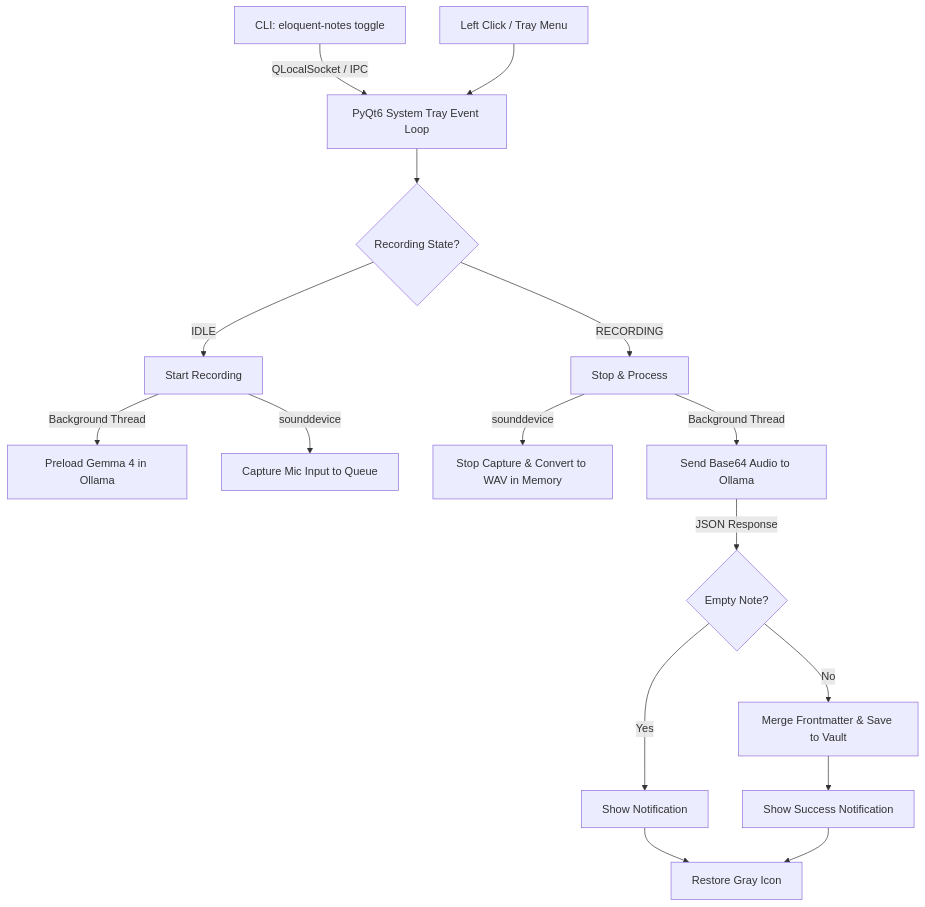
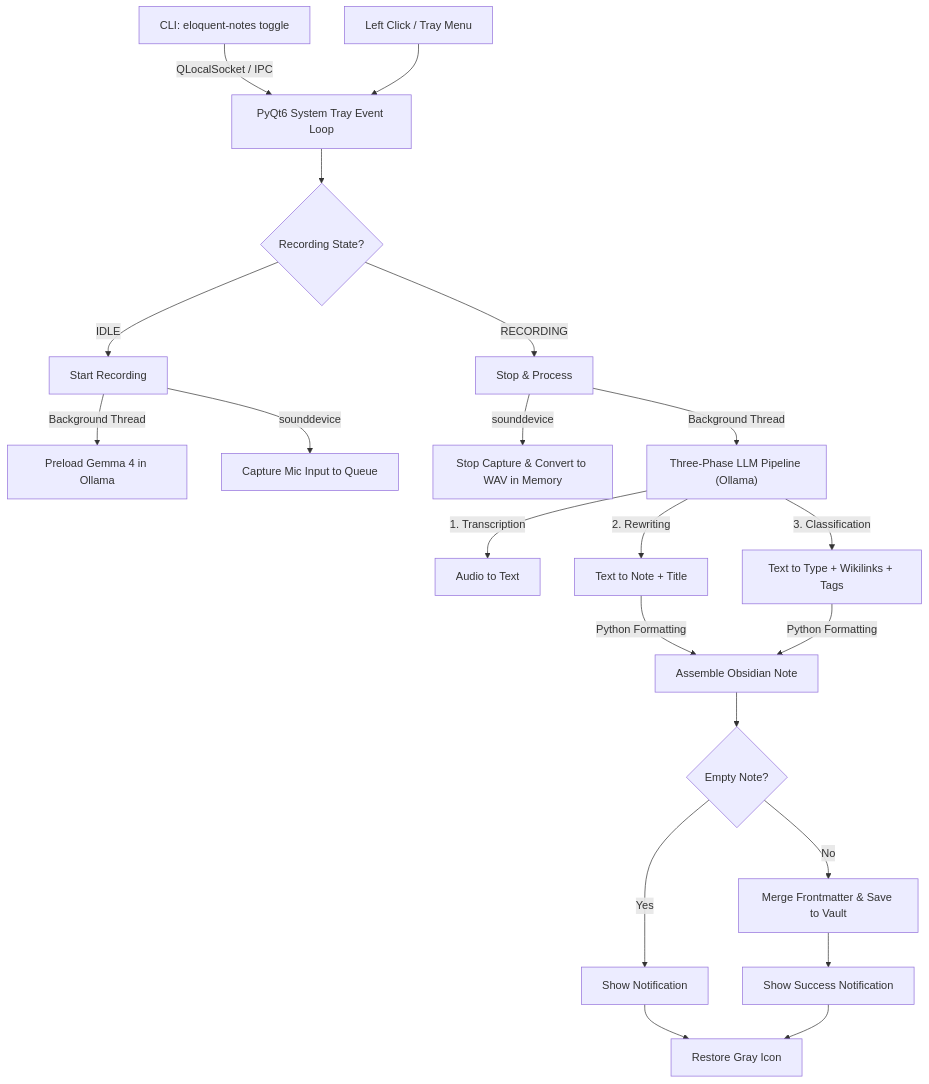
Before and after one commit to arrase/eloquent-notes: the diagram in README.md, drawn with Mermaid. The commit also changed other lines of this file and 17 other files, not shown here.

Commit message:
Refactor LLM processing into a 3-phase pipeline (transcription, rewriting, classification)

````diff
--- a/README.md
+++ b/README.md
@@ -190,22 +193,27 @@
 ```mermaid
 graph TD
     CLI[CLI: eloquent-notes toggle] -->|QLocalSocket / IPC| A[PyQt6 System Tray Event Loop]
     Tray[Left Click / Tray Menu] --> A
     A --> B{Recording State?}
     B -->|IDLE| C[Start Recording]
     B -->|RECORDING| D[Stop & Process]
     
     C -->|Background Thread| E[Preload Gemma 4 in Ollama]
     C -->|sounddevice| F[Capture Mic Input to Queue]
     
     D -->|sounddevice| G[Stop Capture & Convert to WAV in Memory]
-    D -->|Background Thread| H[Send Base64 Audio to Ollama]
+    D -->|Background Thread| H["Three-Phase LLM Pipeline (Ollama)"]
     
-    H -->|JSON Response| I{Empty Note?}
-    I -->|No| O[Merge Frontmatter & Save to Vault]
-    I -->|Yes| K[Show Notification]
+    H -->|1. Transcription| H1[Audio to Text]
+    H -->|2. Rewriting| H2[Text to Note + Title]
+    H -->|3. Classification| H3[Text to Type + Wikilinks + Tags]
+    
+    H2 & H3 -->|Python Formatting| I[Assemble Obsidian Note]
+    I --> J{Empty Note?}
+    J -->|No| O[Merge Frontmatter & Save to Vault]
+    J -->|Yes| K[Show Notification]
     
     O --> L[Show Success Notification]
     K --> M[Restore Gray Icon]
     L --> M
 ```
````
